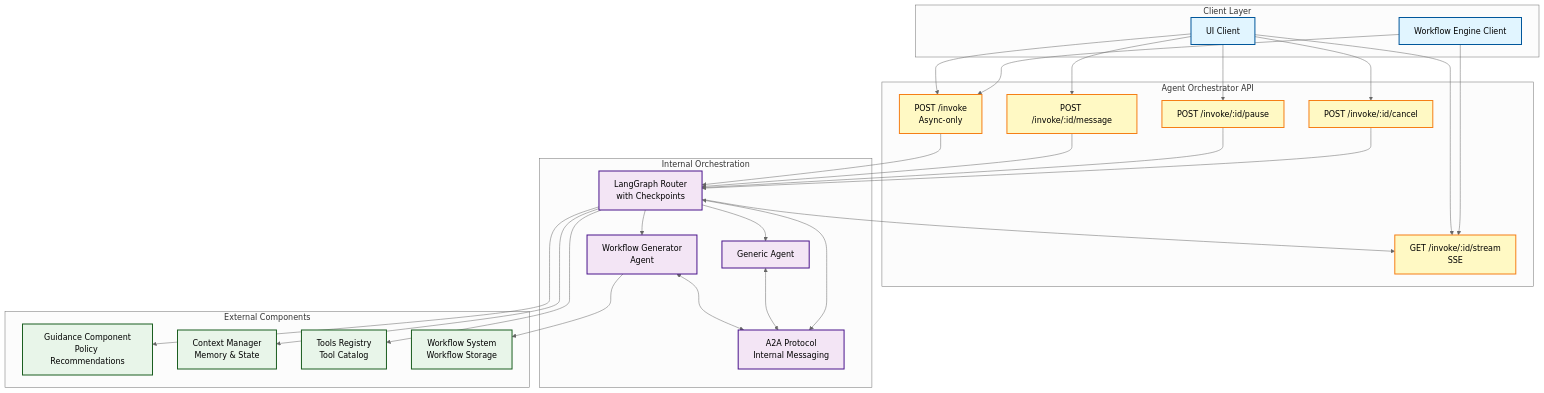
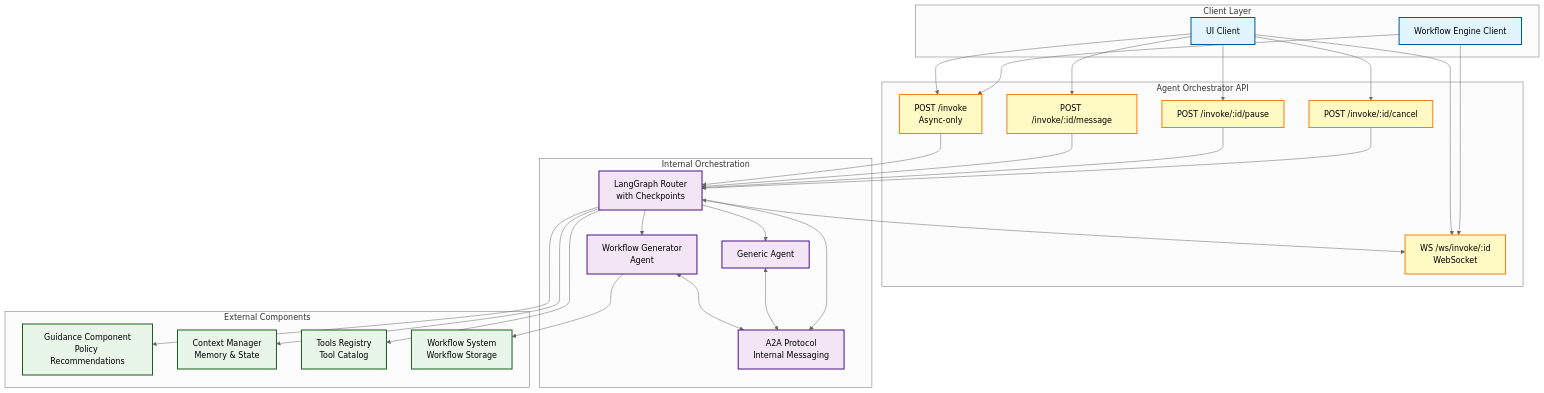
Before and after one commit to alinabuzachis/syntara: the diagram in specs/002-agent-orchestrator/plan.md, drawn with Mermaid (neutral theme). The commit also changed other lines of this file and 5 other files, not shown here.

````diff
--- a/specs/002-agent-orchestrator/plan.md
+++ b/specs/002-agent-orchestrator/plan.md
@@ -42,65 +42,65 @@
 ```mermaid
 graph TB
     subgraph "Client Layer"
         UI[UI Client]
         WFE[Workflow Engine Client]
     end
 
     subgraph "Agent Orchestrator API"
         INVOKE[POST /invoke<br/>Async-only]
-        STREAM[GET /invoke/:id/stream<br/>SSE]
+        STREAM[WS /ws/invoke/:id<br/>WebSocket]
         MESSAGE[POST /invoke/:id/message]
         PAUSE[POST /invoke/:id/pause]
         CANCEL[POST /invoke/:id/cancel]
     end
 
     subgraph "Internal Orchestration"
         ROUTER[LangGraph Router<br/>with Checkpoints]
         WG[Workflow Generator<br/>Agent]
         GA[Generic Agent]
         A2A[A2A Protocol<br/>Internal Messaging]
     end
 
     subgraph "External Components"
         GUIDANCE[Guidance Component<br/>Policy Recommendations]
         CONTEXT[Context Manager<br/>Memory & State]
         TOOLS[Tools Registry<br/>Tool Catalog]
         WORKFLOW[Workflow System<br/>Workflow Storage]
     end
 
     UI --> INVOKE
     WFE --> INVOKE
     UI --> STREAM
     WFE --> STREAM
     UI --> MESSAGE
     UI --> PAUSE
     UI --> CANCEL
 
     INVOKE --> ROUTER
     MESSAGE --> ROUTER
     PAUSE --> ROUTER
     CANCEL --> ROUTER
 
     ROUTER --> WG
     ROUTER --> GA
     WG <--> A2A
     GA <--> A2A
     ROUTER <--> A2A
 
     ROUTER --> STREAM
 
     ROUTER --> GUIDANCE
     ROUTER --> CONTEXT
     ROUTER --> TOOLS
     WG --> WORKFLOW
 
     classDef clientStyle fill:#e1f5ff,stroke:#01579b,stroke-width:2px
     classDef apiStyle fill:#fff9c4,stroke:#f57f17,stroke-width:2px
     classDef internalStyle fill:#f3e5f5,stroke:#4a148c,stroke-width:2px
     classDef externalStyle fill:#e8f5e9,stroke:#1b5e20,stroke-width:2px
 
     class UI,WFE clientStyle
     class INVOKE,STREAM,MESSAGE,PAUSE,CANCEL apiStyle
     class ROUTER,WG,GA,A2A internalStyle
     class GUIDANCE,CONTEXT,TOOLS,WORKFLOW externalStyle
 ```
````
